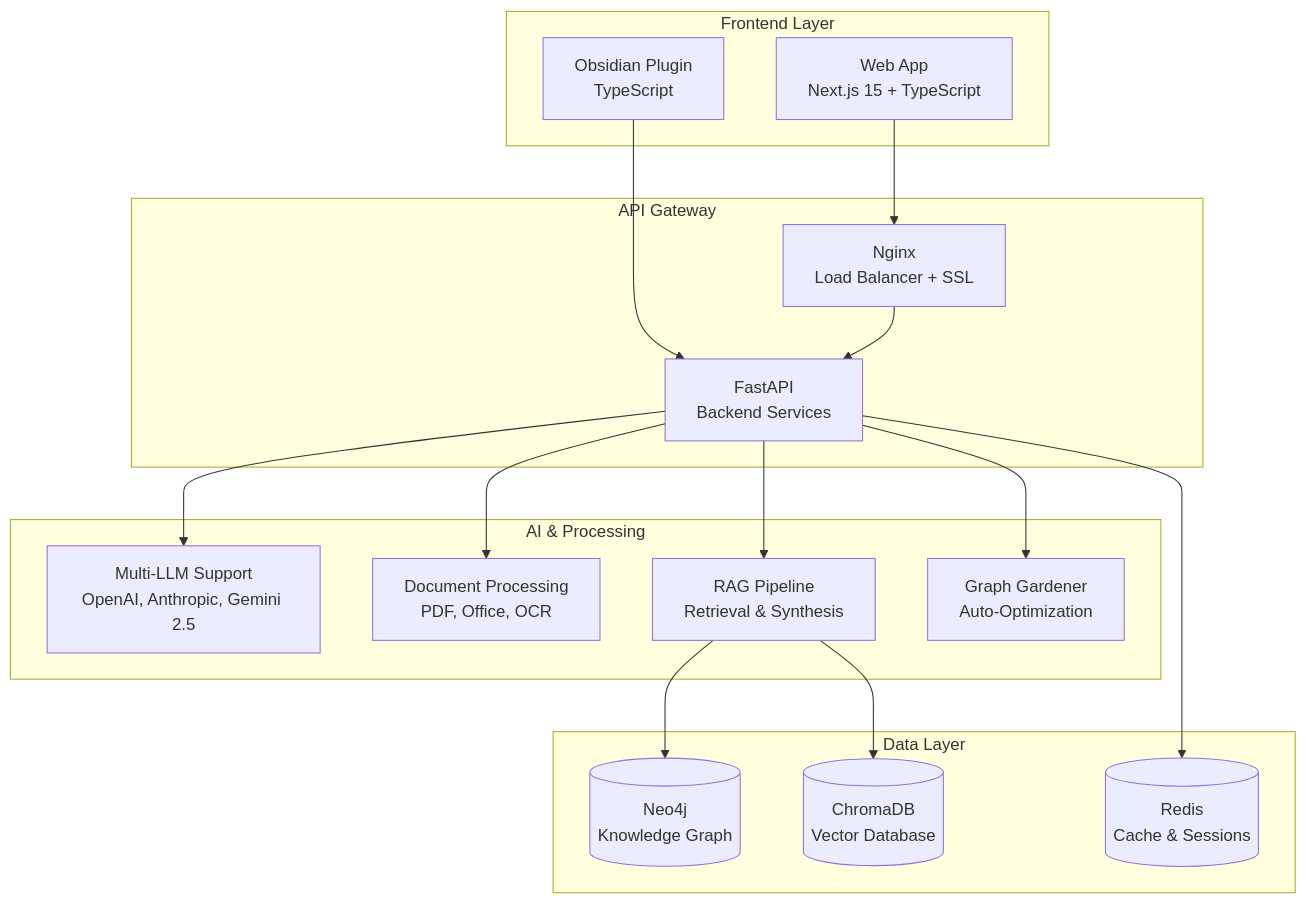
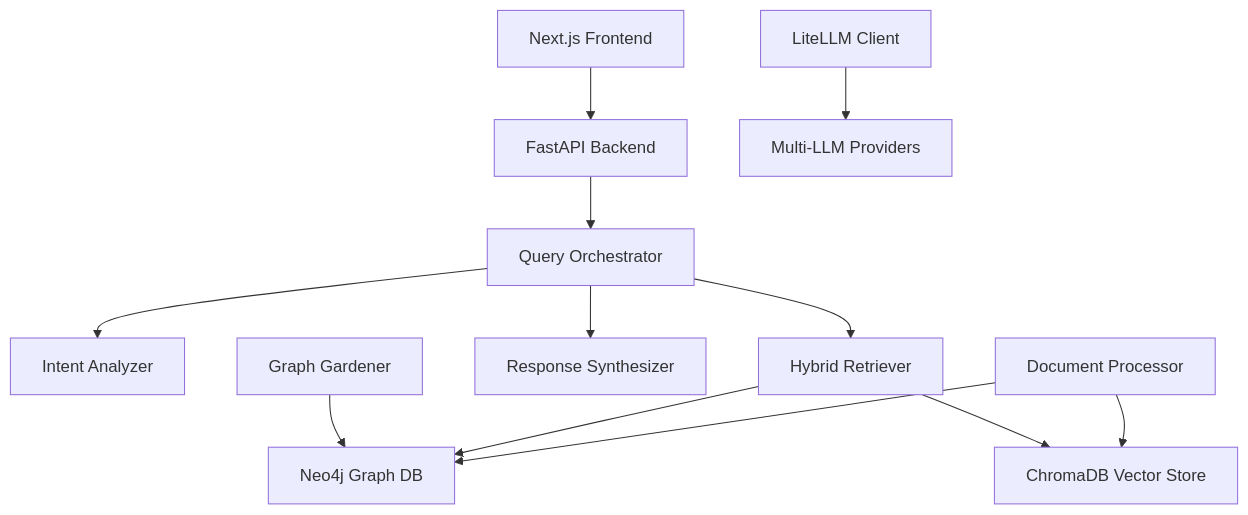
Before and after one commit to bneweling/neuronode: the first of 2 diagrams in docs/README.md, drawn with Mermaid. The commit also changed other lines of this file and 27 other files, not shown here.

````diff
--- a/docs/README.md
+++ b/docs/README.md
@@ -36,36 +163,17 @@
 ```mermaid
 graph TB
-    subgraph "Frontend Layer"
-        WA[Web App<br/>Next.js 15 + TypeScript]
-        OP[Obsidian Plugin<br/>TypeScript]
-    end
+    A[Next.js Frontend] --> B[FastAPI Backend]
+    B --> C[Query Orchestrator]
+    C --> D[Intent Analyzer]
+    C --> E[Hybrid Retriever]
+    C --> F[Response Synthesizer]
     
-    subgraph "API Gateway"
-        NG[Nginx<br/>Load Balancer + SSL]
-        API[FastAPI<br/>Backend Services]
-    end
+    G[Document Processor] --> H[Neo4j Graph DB]
+    G --> I[ChromaDB Vector Store]
     
-    subgraph "AI & Processing"
-        LLM[Multi-LLM Support<br/>OpenAI, Anthropic, Gemini 2.5]
-        DOC[Document Processing<br/>PDF, Office, OCR]
-        RAG[RAG Pipeline<br/>Retrieval & Synthesis]
-        GG[Graph Gardener<br/>Auto-Optimization]
-    end
+    E --> H
+    E --> I
     
-    subgraph "Data Layer"
-        NEO[(Neo4j<br/>Knowledge Graph)]
-        CHR[(ChromaDB<br/>Vector Database)]
-        RED[(Redis<br/>Cache & Sessions)]
-    end
-    
-    WA --> NG
-    OP --> API
-    NG --> API
-    API --> LLM
-    API --> DOC
-    API --> RAG
-    API --> GG
-    RAG --> NEO
-    RAG --> CHR
-    API --> RED
+    J[Graph Gardener] --> H
+    K[LiteLLM Client] --> L[Multi-LLM Providers]
 ```
````
